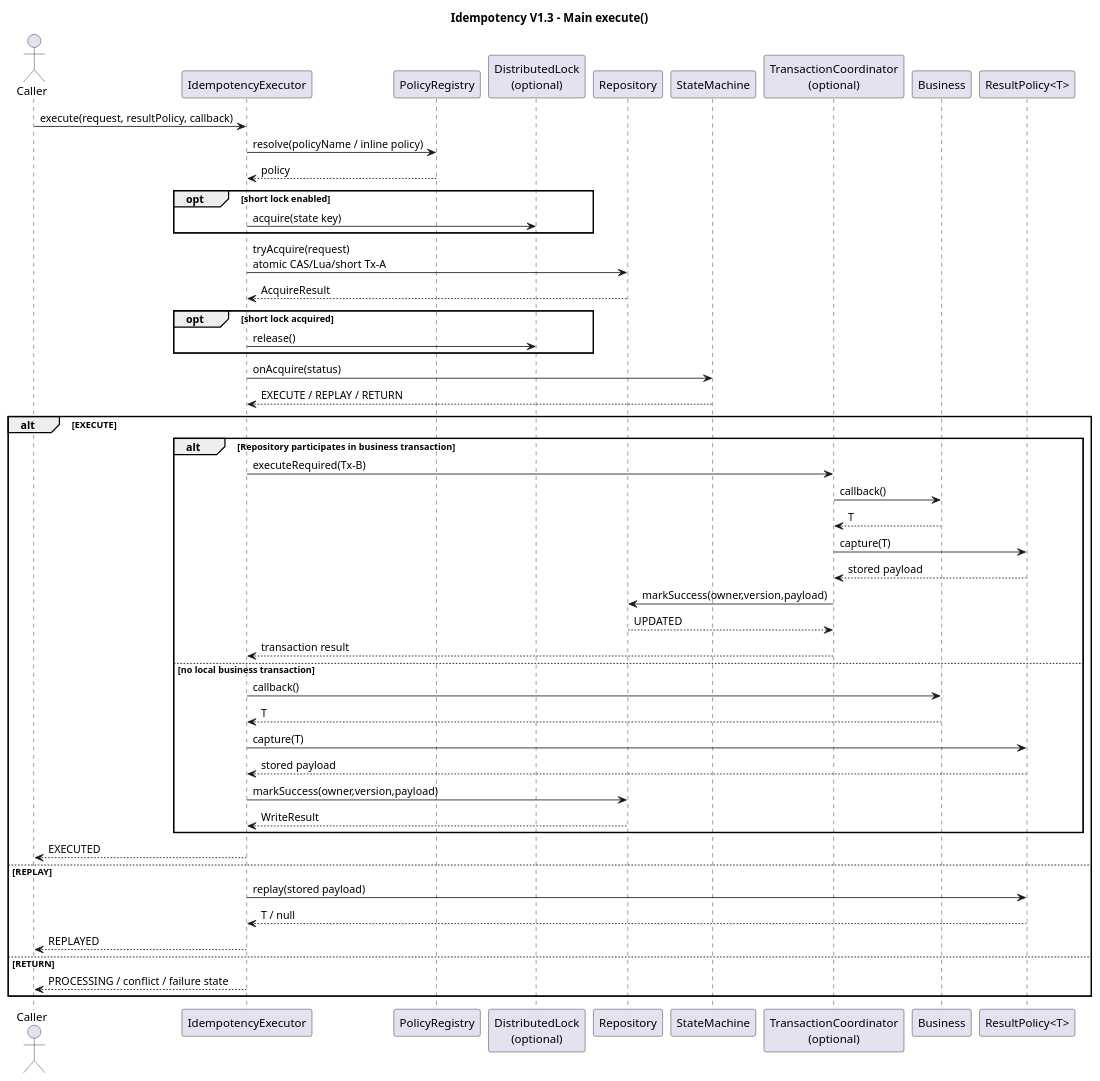
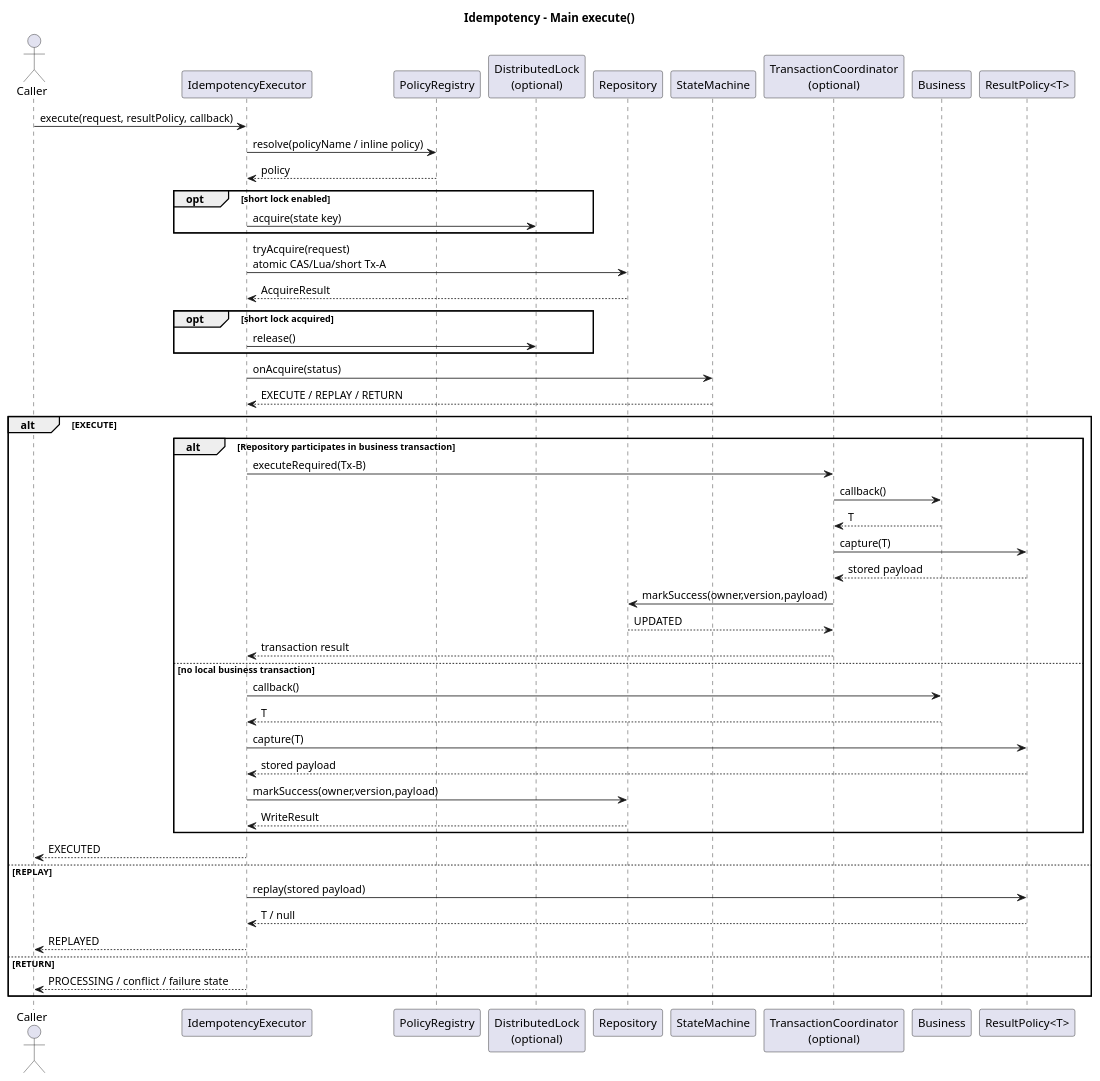
Before and after one commit to pbxjtumse/cola-web-standard: the diagram in component/idempotent-component/docs/diagrams/sequence/L1-main-execution.puml, drawn with PlantUML. The commit also changed 47 other files, not shown here.

```diff
--- a/component/idempotent-component/docs/diagrams/sequence/L1-main-execution.puml
+++ b/component/idempotent-component/docs/diagrams/sequence/L1-main-execution.puml
@@ -1,58 +1,58 @@
 @startuml
-title Idempotency V1.3 - Main execute()
+title Idempotency - Main execute()
 
 actor Caller
 participant "IdempotencyExecutor" as E
 participant "PolicyRegistry" as P
 participant "DistributedLock\n(optional)" as L
 participant "Repository" as R
 participant "StateMachine" as S
 participant "TransactionCoordinator\n(optional)" as T
 participant "Business" as B
 participant "ResultPolicy<T>" as RP
 
 Caller -> E : execute(request, resultPolicy, callback)
 E -> P : resolve(policyName / inline policy)
 P --> E : policy
 
 opt short lock enabled
   E -> L : acquire(state key)
 end
 
 E -> R : tryAcquire(request)\natomic CAS/Lua/short Tx-A
 R --> E : AcquireResult
 
 opt short lock acquired
   E -> L : release()
 end
 
 E -> S : onAcquire(status)
 S --> E : EXECUTE / REPLAY / RETURN
 
 alt EXECUTE
   alt Repository participates in business transaction
     E -> T : executeRequired(Tx-B)
     T -> B : callback()
     B --> T : T
     T -> RP : capture(T)
     RP --> T : stored payload
     T -> R : markSuccess(owner,version,payload)
     R --> T : UPDATED
     T --> E : transaction result
   else no local business transaction
     E -> B : callback()
     B --> E : T
     E -> RP : capture(T)
     RP --> E : stored payload
     E -> R : markSuccess(owner,version,payload)
     R --> E : WriteResult
   end
   E --> Caller : EXECUTED
 else REPLAY
   E -> RP : replay(stored payload)
   RP --> E : T / null
   E --> Caller : REPLAYED
 else RETURN
   E --> Caller : PROCESSING / conflict / failure state
 end
 @enduml
```
